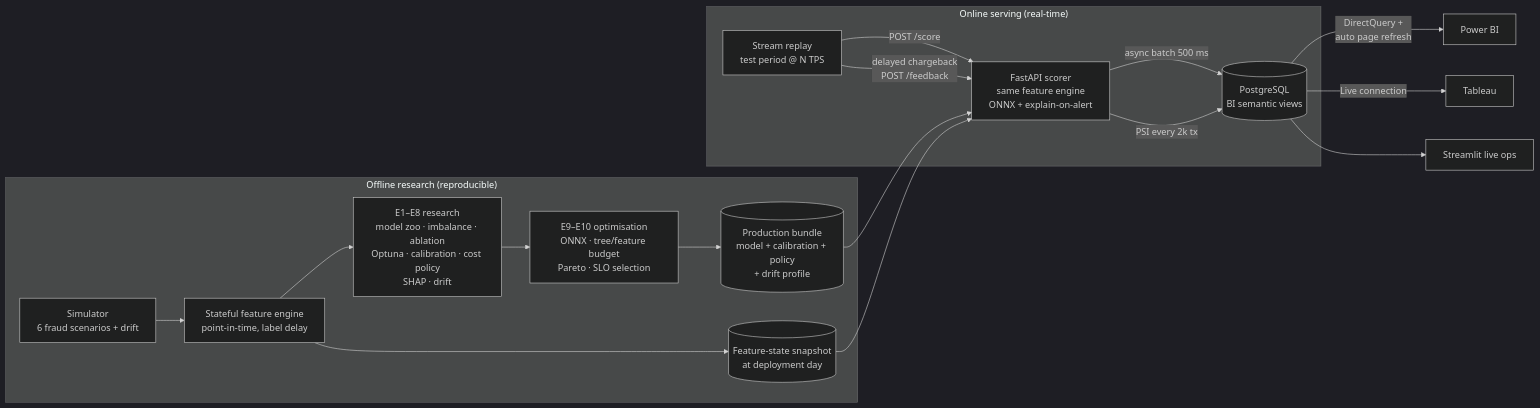
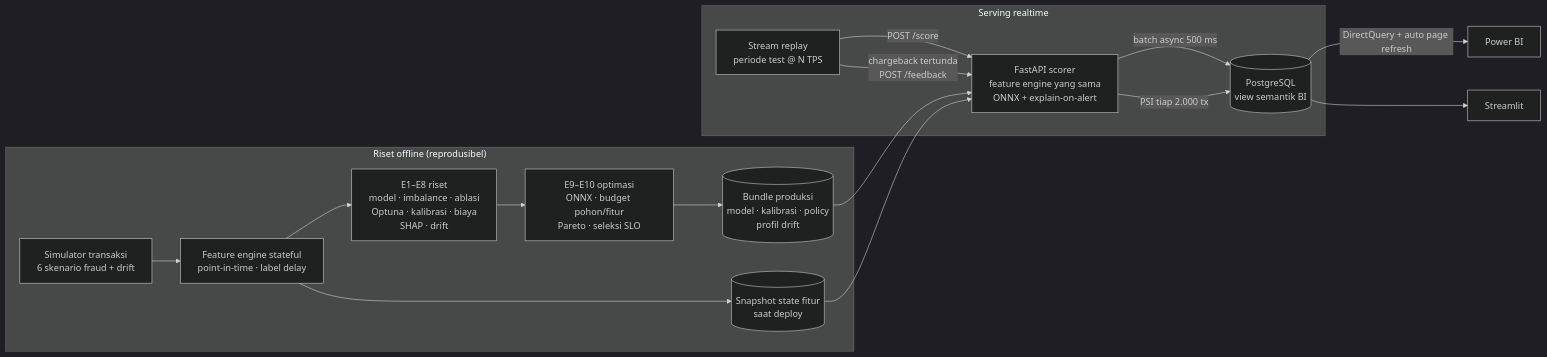
Before and after one commit to Frenwin/Fraud-Detection: the diagram in README.md, drawn with Mermaid (dark theme). The commit also changed other lines of this file and 11 other files, not shown here.

````diff
--- a/README.md
+++ b/README.md
@@ -47,21 +73,20 @@
 ```mermaid
 flowchart LR
-    subgraph Offline["Offline research (reproducible)"]
-        SIM[Simulator<br/>6 fraud scenarios + drift] --> FE1[Stateful feature engine<br/>point-in-time, label delay]
-        FE1 --> EXP[E1–E8 research<br/>model zoo · imbalance · ablation<br/>Optuna · calibration · cost policy<br/>SHAP · drift]
-        EXP --> OPT[E9–E10 optimisation<br/>ONNX · tree/feature budget<br/>Pareto · SLO selection]
-        OPT --> BUNDLE[(Production bundle<br/>model + calibration + policy<br/>+ drift profile)]
-        FE1 --> SNAP[(Feature-state snapshot<br/>at deployment day)]
+    subgraph Offline["Riset offline (reprodusibel)"]
+        SIM[Simulator transaksi<br/>6 skenario fraud + drift] --> FE1[Feature engine stateful<br/>point-in-time · label delay]
+        FE1 --> EXP[E1–E8 riset<br/>model · imbalance · ablasi<br/>Optuna · kalibrasi · biaya<br/>SHAP · drift]
+        EXP --> OPT[E9–E10 optimasi<br/>ONNX · budget pohon/fitur<br/>Pareto · seleksi SLO]
+        OPT --> BUNDLE[(Bundle produksi<br/>model · kalibrasi · policy<br/>profil drift)]
+        FE1 --> SNAP[(Snapshot state fitur<br/>saat deploy)]
     end
-    subgraph Online["Online serving (real-time)"]
-        REPLAY[Stream replay<br/>test period @ N TPS] -- POST /score --> API[FastAPI scorer<br/>same feature engine<br/>ONNX + explain-on-alert]
-        REPLAY -- delayed chargeback<br/>POST /feedback --> API
-        API -- async batch 500 ms --> PG[(PostgreSQL<br/>BI semantic views)]
-        API -- PSI every 2k tx --> PG
+    subgraph Online["Serving realtime"]
+        REPLAY[Stream replay<br/>periode test @ N TPS] -- POST /score --> API[FastAPI scorer<br/>feature engine yang sama<br/>ONNX + explain-on-alert]
+        REPLAY -- chargeback tertunda<br/>POST /feedback --> API
+        API -- batch async 500 ms --> PG[(PostgreSQL<br/>view semantik BI)]
+        API -- PSI tiap 2.000 tx --> PG
     end
     BUNDLE --> API
     SNAP --> API
-    PG -- DirectQuery +<br/>auto page refresh --> PBI[Power BI]
-    PG -- Live connection --> TAB[Tableau]
-    PG --> ST[Streamlit live ops]
+    PG -- DirectQuery + auto page refresh --> PBI[Power BI]
+    PG --> ST[Streamlit]
 ```
````
